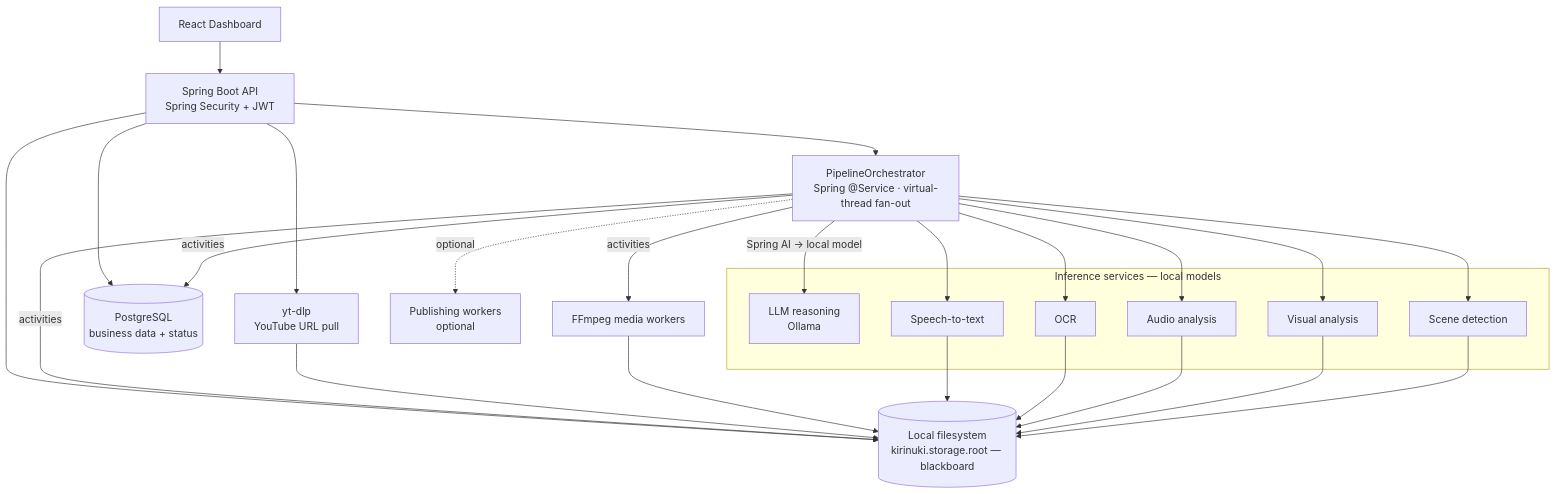
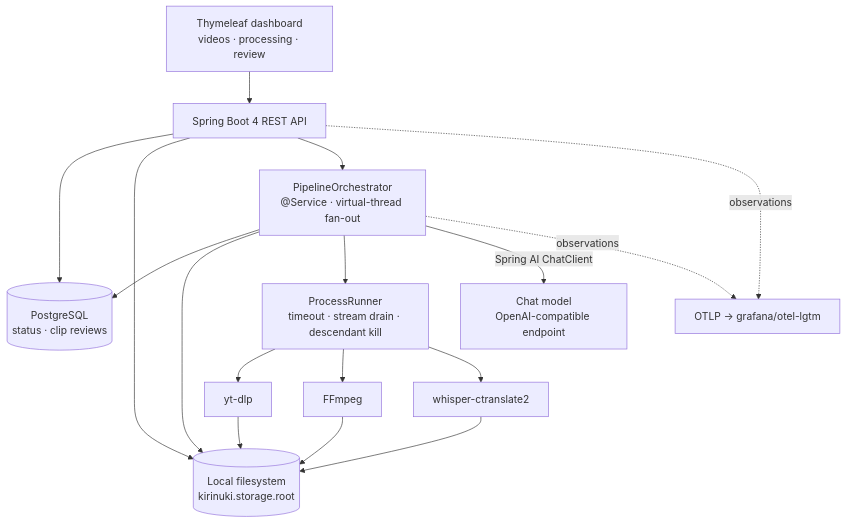
One commit to dashaun-ai/kirinuki changed the first of 3 diagrams in docs/ARCHITECTURE.md. Above: the diagram before and after it, drawn with Mermaid. The commit also changed other lines of this file and 24 other files, not shown here.

````diff
--- a/docs/ARCHITECTURE.md
+++ b/docs/ARCHITECTURE.md
@@ -88,36 +45,27 @@
 ```mermaid
 flowchart TD
-    UI[React Dashboard]
-    API[Spring Boot API<br/>Spring Security + JWT]
-    ORCH[PipelineOrchestrator<br/>Spring @Service · virtual-thread fan-out]
-    YT[yt-dlp<br/>YouTube URL pull]
-    PG[(PostgreSQL<br/>business data + status)]
-    LOCAL[(Local filesystem<br/>kirinuki.storage.root — blackboard)]
-
-    subgraph INF [Inference services — local models]
-        LLM[LLM reasoning<br/>Ollama]
-        ASR[Speech-to-text]
-        OCR[OCR]
-        AUD[Audio analysis]
-        VIS[Visual analysis]
-        SCN[Scene detection]
-    end
-
-    FF[FFmpeg media workers]
-    PUB[Publishing workers<br/>optional]
+    UI["Thymeleaf dashboard<br/>videos · processing · review"]
+    API["Spring Boot 4 REST API"]
+    ORCH["PipelineOrchestrator<br/>@Service · virtual-thread fan-out"]
+    PG[("PostgreSQL<br/>status · clip reviews")]
+    FS[("Local filesystem<br/>kirinuki.storage.root")]
+    PR["ProcessRunner<br/>timeout · stream drain · descendant kill"]
+    YT["yt-dlp"]
+    FF["FFmpeg"]
+    ASR["whisper-ctranslate2"]
+    LLM["Chat model<br/>OpenAI-compatible endpoint"]
+    OTEL["OTLP → grafana/otel-lgtm"]
 
     UI --> API
-    API --> YT
     API --> PG
-    API --> LOCAL
+    API --> FS
     API --> ORCH
-    ORCH -->|activities| FF
-    ORCH -->|activities| LOCAL
-    ORCH -->|activities| PG
-    ORCH -->|Spring AI → local model| LLM
-    ORCH --> ASR & OCR & AUD & VIS & SCN
-    ORCH -.optional.-> PUB
-    YT --> LOCAL
-    FF --> LOCAL
-    ASR & OCR & AUD & VIS & SCN --> LOCAL
+    ORCH --> PG
+    ORCH --> FS
+    ORCH --> PR
+    ORCH -->|Spring AI ChatClient| LLM
+    PR --> YT & FF & ASR
+    YT & FF & ASR --> FS
+    ORCH -.observations.-> OTEL
+    API -.observations.-> OTEL
 ```
````
